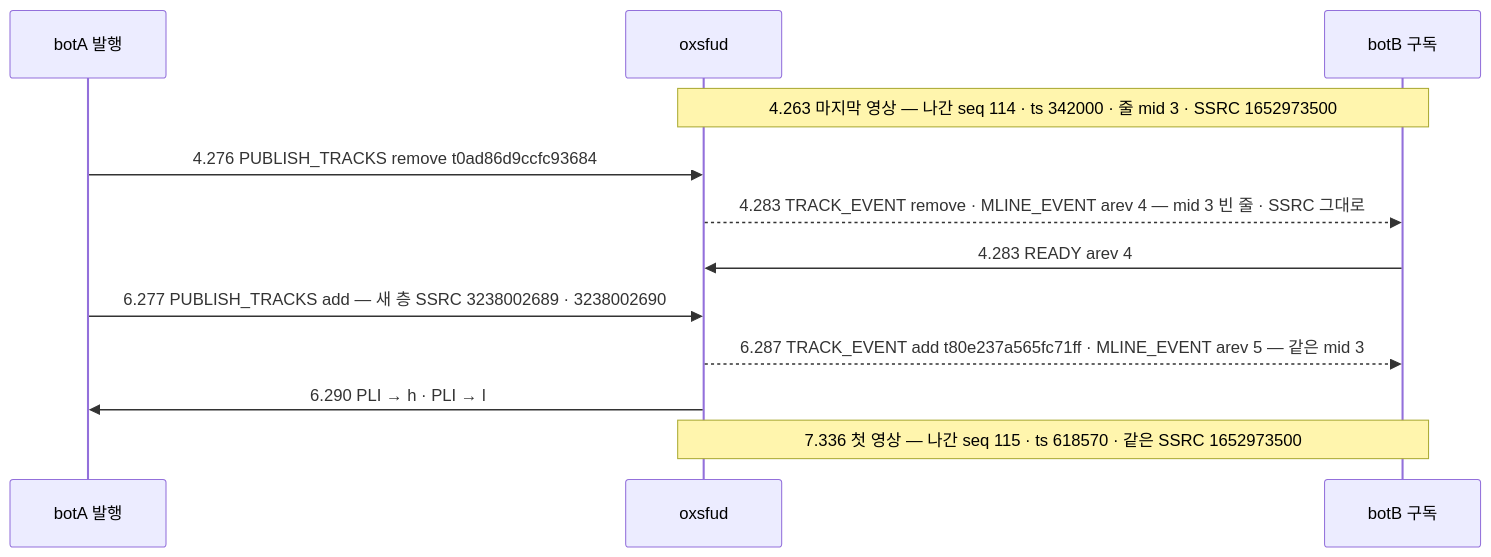
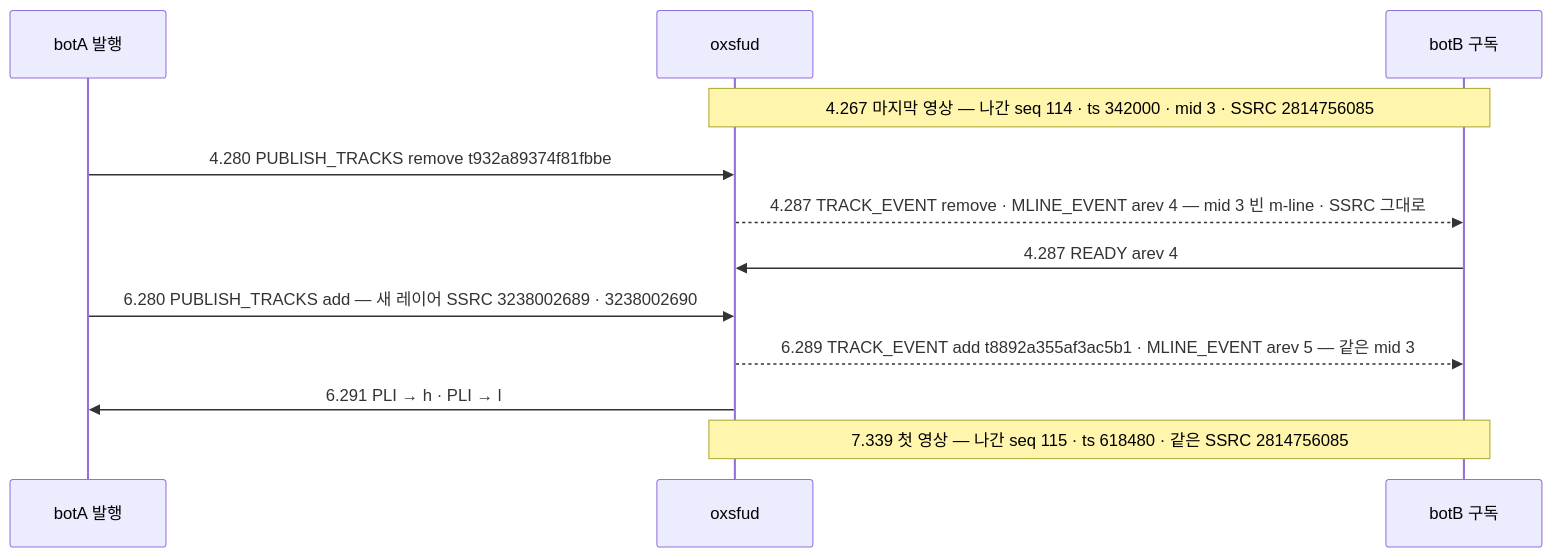
Before and after one commit to kodeholic9/oxlens-sfu: the third of 3 diagrams in docs/learn/05_SIMULCAST_BWE.md, drawn with Mermaid. The commit also changed other lines of this file and 19 other files, not shown here.

````diff
--- a/docs/learn/05_SIMULCAST_BWE.md
+++ b/docs/learn/05_SIMULCAST_BWE.md
@@ -155,14 +170,14 @@
 ```mermaid
 sequenceDiagram
   participant A as botA 발행
   participant S as oxsfud
   participant B as botB 구독
-  Note over S,B: 4.263 마지막 영상 — 나간 seq 114 · ts 342000 · 줄 mid 3 · SSRC 1652973500
-  A->>S: 4.276 PUBLISH_TRACKS remove t0ad86d9ccfc93684
-  S-->>B: 4.283 TRACK_EVENT remove · MLINE_EVENT arev 4 — mid 3 빈 줄 · SSRC 그대로
-  B->>S: 4.283 READY arev 4
-  A->>S: 6.277 PUBLISH_TRACKS add — 새 층 SSRC 3238002689 · 3238002690
-  S-->>B: 6.287 TRACK_EVENT add t80e237a565fc71ff · MLINE_EVENT arev 5 — 같은 mid 3
-  S->>A: 6.290 PLI → h · PLI → l
-  Note over S,B: 7.336 첫 영상 — 나간 seq 115 · ts 618570 · 같은 SSRC 1652973500
+  Note over S,B: 4.267 마지막 영상 — 나간 seq 114 · ts 342000 · mid 3 · SSRC 2814756085
+  A->>S: 4.280 PUBLISH_TRACKS remove t932a89374f81fbbe
+  S-->>B: 4.287 TRACK_EVENT remove · MLINE_EVENT arev 4 — mid 3 빈 m-line · SSRC 그대로
+  B->>S: 4.287 READY arev 4
+  A->>S: 6.280 PUBLISH_TRACKS add — 새 레이어 SSRC 3238002689 · 3238002690
+  S-->>B: 6.289 TRACK_EVENT add t8892a355af3ac5b1 · MLINE_EVENT arev 5 — 같은 mid 3
+  S->>A: 6.291 PLI → h · PLI → l
+  Note over S,B: 7.339 첫 영상 — 나간 seq 115 · ts 618480 · 같은 SSRC 2814756085
 ```
````
